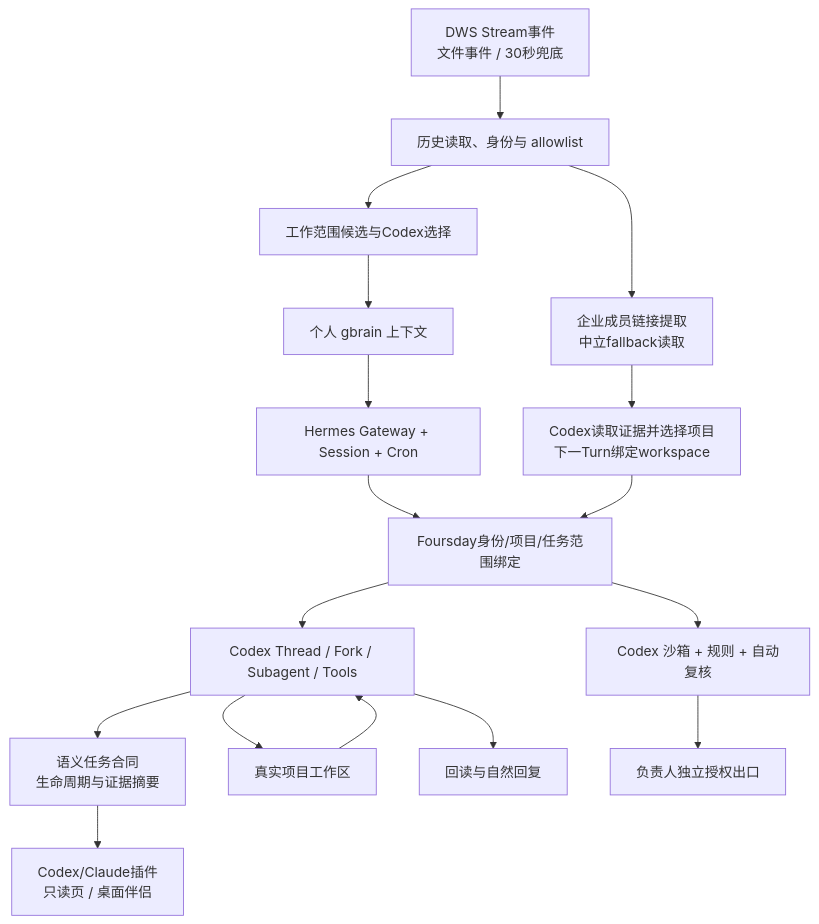
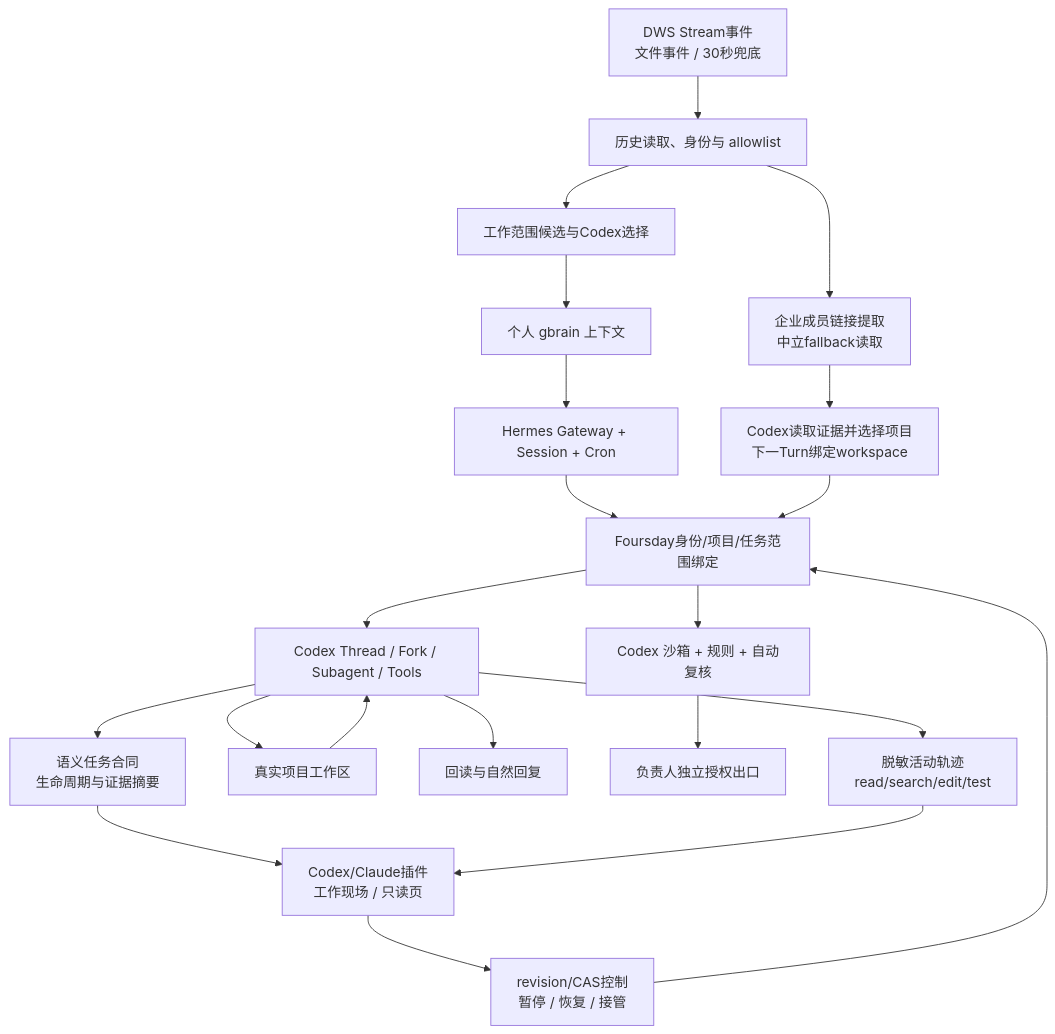
The diagram in docs/设计总览.md (ruiwang20010702/foursday), drawn with Mermaid before and after one commit. The commit also changed other lines of this file and 35 other files, not shown here.

````diff
--- a/docs/设计总览.md
+++ b/docs/设计总览.md
@@ -15,19 +15,23 @@
 ```mermaid
 flowchart TD
     A["DWS Stream事件<br/>文件事件 / 30秒兜底"] --> B["历史读取、身份与 allowlist"]
     B --> C["工作范围候选与Codex选择"]
     B --> L["企业成员链接提取<br/>中立fallback读取"]
     C --> D["个人 gbrain 上下文"]
     D --> E["Hermes Gateway + Session + Cron"]
     E --> F["Foursday身份/项目/任务范围绑定"]
     L --> PSEL["Codex读取证据并选择项目<br/>下一Turn绑定workspace"]
     PSEL --> F
     F --> K["Codex Thread / Fork / Subagent / Tools"]
     K --> TL["语义任务合同<br/>生命周期与证据摘要"]
     K --> G["真实项目工作区"]
     G --> K
     K --> H["回读与自然回复"]
     F --> I["Codex 沙箱 + 规则 + 自动复核"]
     I --> J["负责人独立授权出口"]
-    TL --> UI["Codex/Claude插件<br/>只读页 / 桌面伴侣"]
+    TL --> UI["Codex/Claude插件<br/>工作现场 / 只读页"]
+    K --> ACT["脱敏活动轨迹<br/>read/search/edit/test"]
+    ACT --> UI
+    UI --> CTRL["revision/CAS控制<br/>暂停 / 恢复 / 接管"]
+    CTRL --> F
 ```
````
